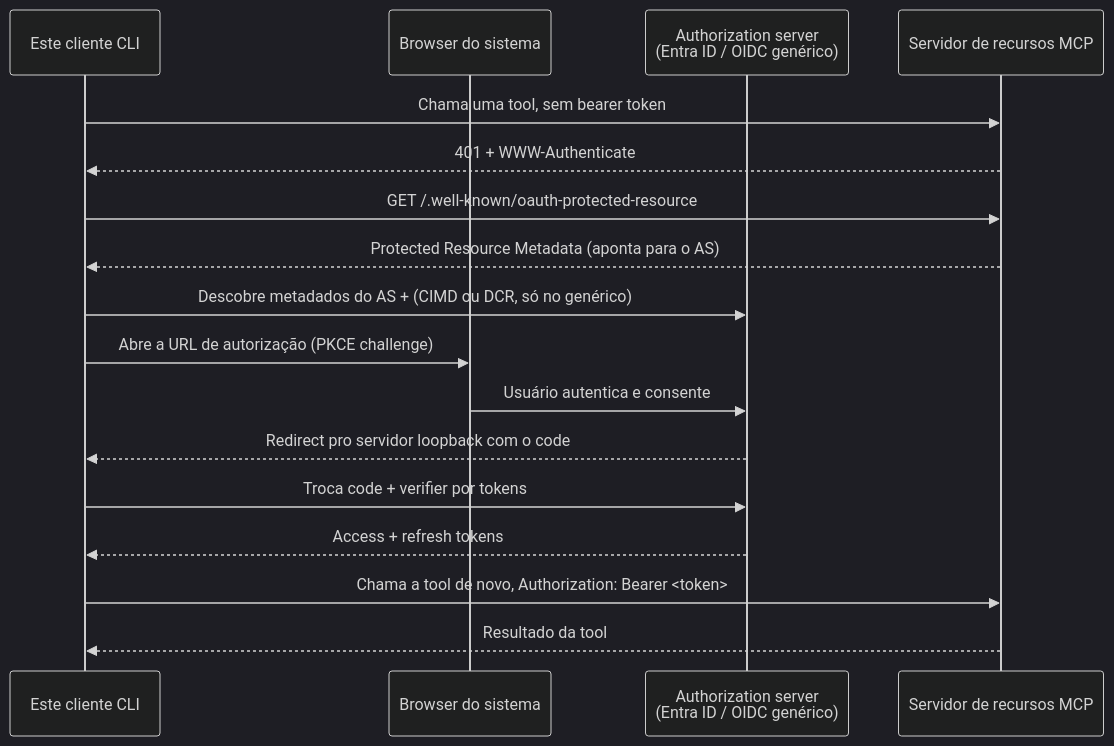
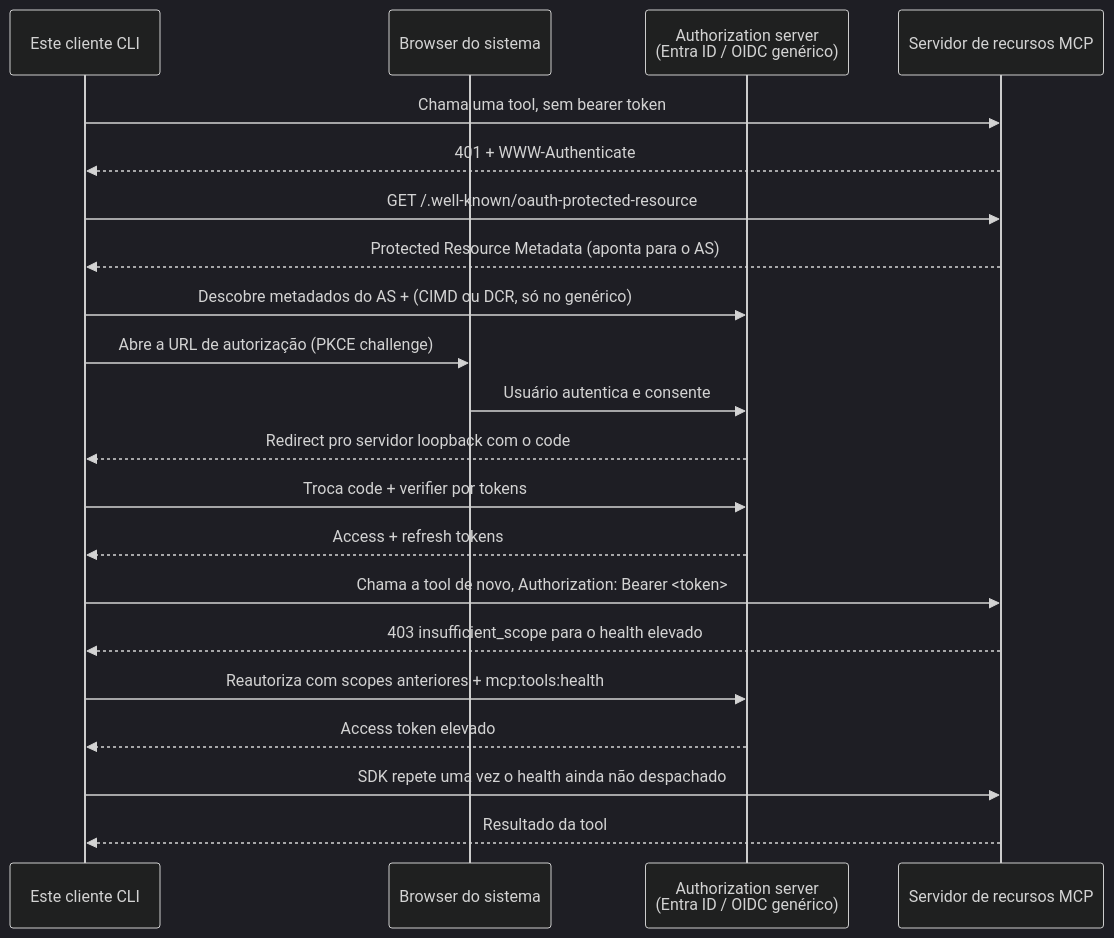
Before and after one commit to brunovicco/mcp-client-auth-template: the diagram in README.pt-BR.md, drawn with Mermaid (dark theme). The commit also changed other lines of this file and 21 other files, not shown here.

````diff
--- a/README.pt-BR.md
+++ b/README.pt-BR.md
@@ -68,20 +79,24 @@
 ```mermaid
 sequenceDiagram
     participant Client as Este cliente CLI
     participant Browser as Browser do sistema
     participant AS as Authorization server<br/>(Entra ID / OIDC genérico)
     participant Server as Servidor de recursos MCP
 
     Client->>Server: Chama uma tool, sem bearer token
     Server-->>Client: 401 + WWW-Authenticate
     Client->>Server: GET /.well-known/oauth-protected-resource
     Server-->>Client: Protected Resource Metadata (aponta para o AS)
     Client->>AS: Descobre metadados do AS + (CIMD ou DCR, só no genérico)
     Client->>Browser: Abre a URL de autorização (PKCE challenge)
     Browser->>AS: Usuário autentica e consente
     AS-->>Client: Redirect pro servidor loopback com o code
     Client->>AS: Troca code + verifier por tokens
     AS-->>Client: Access + refresh tokens
     Client->>Server: Chama a tool de novo, Authorization: Bearer <token>
+    Server-->>Client: 403 insufficient_scope para o health elevado
+    Client->>AS: Reautoriza com scopes anteriores + mcp:tools:health
+    AS-->>Client: Access token elevado
+    Client->>Server: SDK repete uma vez o health ainda não despachado
     Server-->>Client: Resultado da tool
 ```
````
